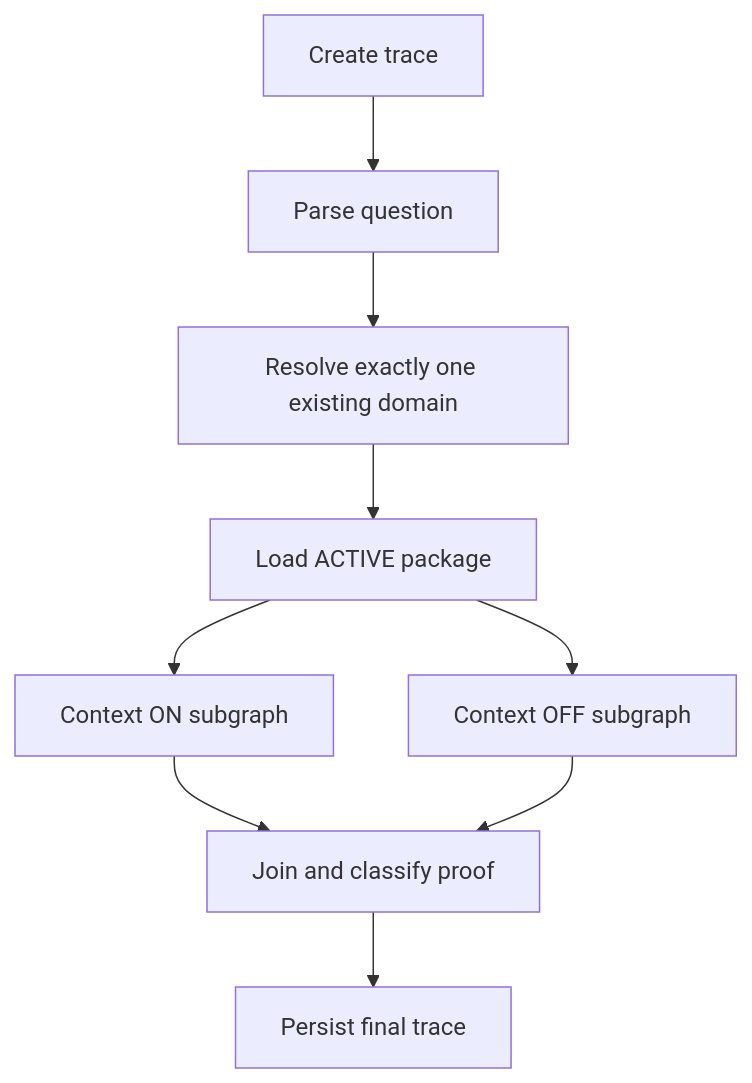
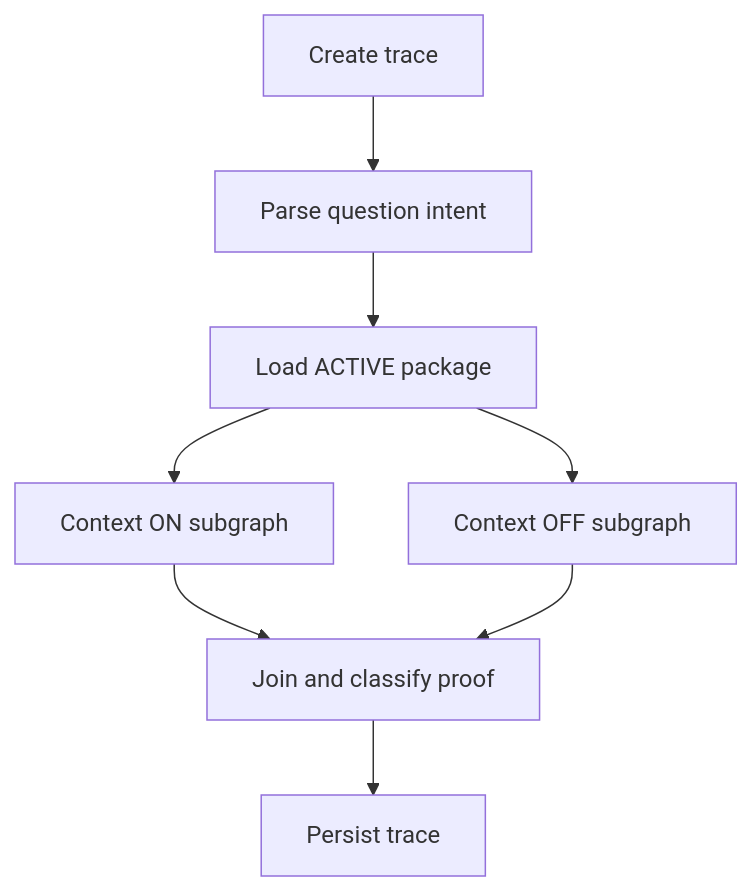
Before and after one commit to AshwinnN/CCE_INTERN: the second of 2 diagrams in docs/architecture/runtime-flow.md, drawn with Mermaid. The commit also changed other lines of this file and 145 other files, not shown here.

````diff
--- a/docs/architecture/runtime-flow.md
+++ b/docs/architecture/runtime-flow.md
@@ -5,11 +17,10 @@
 ```mermaid
 flowchart TD
-  A[Create trace] --> B[Parse question]
-  B --> C[Resolve exactly one existing domain]
-  C --> D[Load ACTIVE package]
+  A[Create trace] --> B[Parse question intent]
+  B --> D[Load ACTIVE package]
   D --> ON[Context ON subgraph]
   D --> OFF[Context OFF subgraph]
   ON --> J[Join and classify proof]
   OFF --> J
-  J --> T[Persist final trace]
+  J --> T[Persist trace]
 ```
````
